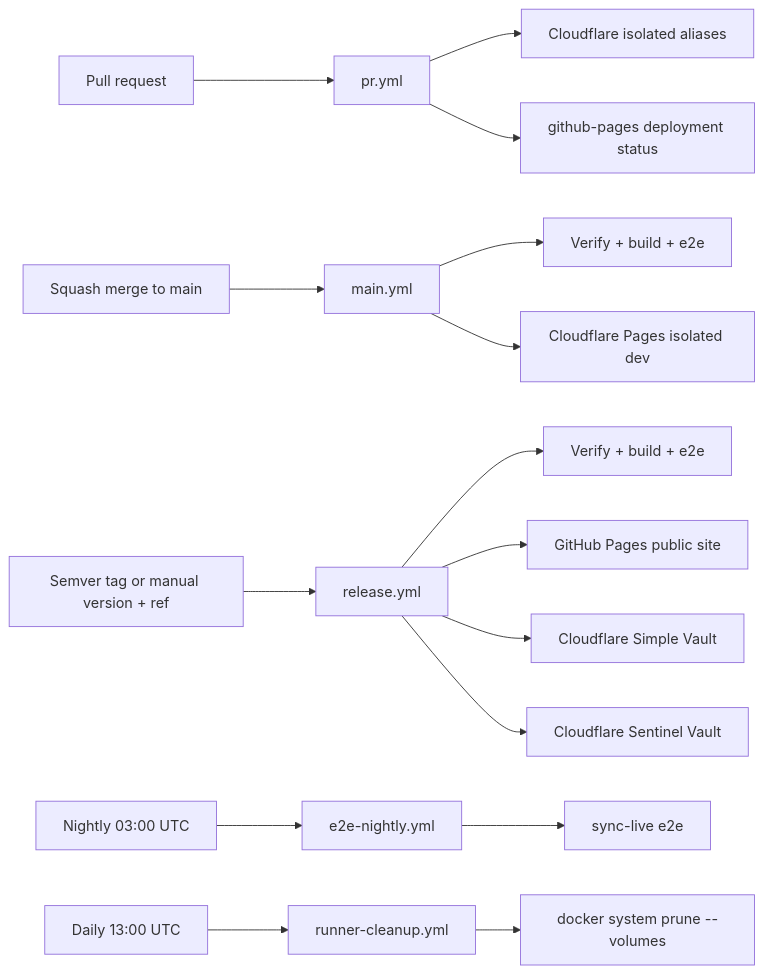
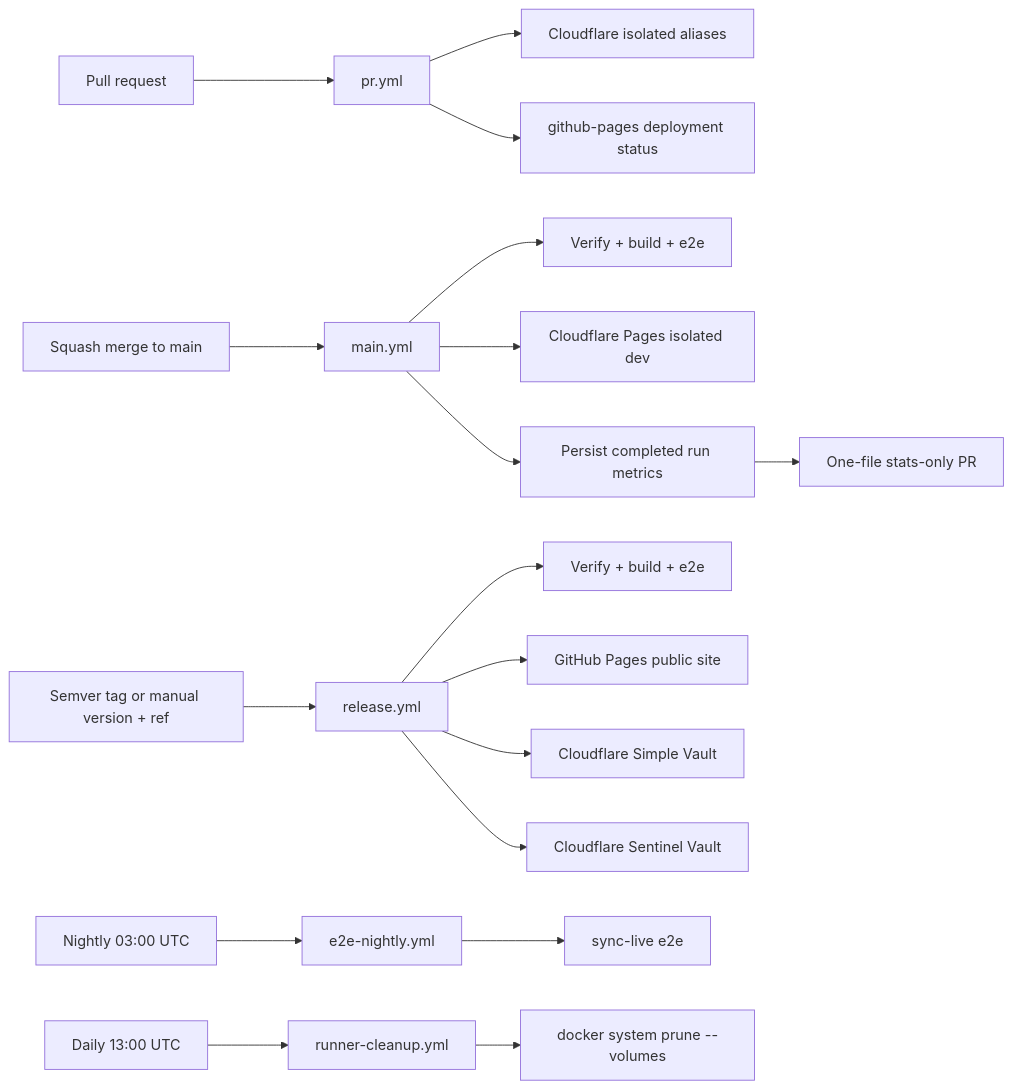
The diagram in .cortex/workflows/ci-pipeline.md (meta-secret/nook), drawn with Mermaid before and after one commit. The commit also changed other lines of this file and 12 other files, not shown here.

Commit message:
ci: record completed Main build statistics

````diff
--- a/.cortex/workflows/ci-pipeline.md
+++ b/.cortex/workflows/ci-pipeline.md
@@ -24,22 +27,24 @@
 ```mermaid
 flowchart LR
   PR[Pull request] --> pr_yml[pr.yml]
   pr_yml --> preview[Cloudflare isolated aliases]
   pr_yml --> pr_deployment[github-pages deployment status]
 
   merge[Squash merge to main] --> main_yml[main.yml]
   main_yml --> main_verify[Verify + build + e2e]
   main_yml --> cf_dev[Cloudflare Pages isolated dev]
+  main_yml --> main_stats[Persist completed run metrics]
+  main_stats --> stats_only[One-file stats-only PR]
 
   release[Semver tag or manual version + ref] --> release_yml[release.yml]
   release_yml --> release_verify[Verify + build + e2e]
   release_yml --> pages[GitHub Pages public site]
   release_yml --> simple_cf[Cloudflare Simple Vault]
   release_yml --> sentinel_cf[Cloudflare Sentinel Vault]
 
   cron[Nightly 03:00 UTC] --> nightly[e2e-nightly.yml]
   nightly --> e2e_live[sync-live e2e]
 
   cleanup_cron[Daily 13:00 UTC] --> cleanup[runner-cleanup.yml]
   cleanup --> docker_prune["docker system prune --volumes"]
 ```
````
